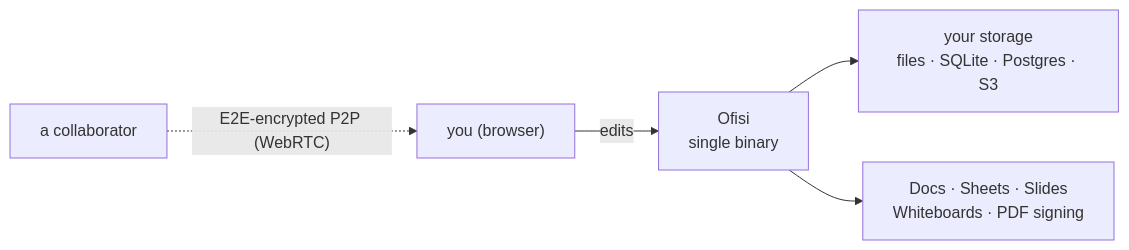
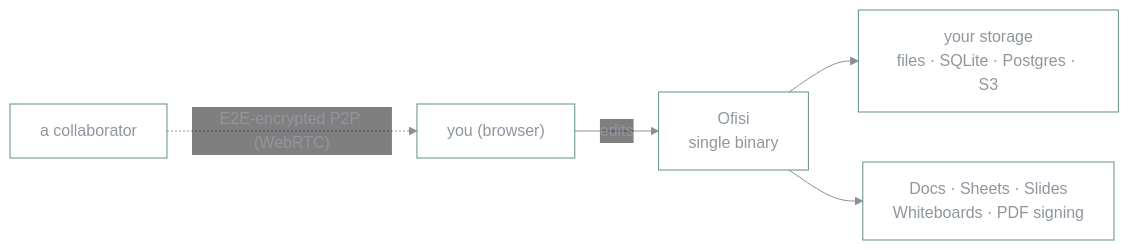
Before and after one commit to vul-os/diwan: the first of 2 diagrams in README.md, drawn with Mermaid. The commit also changed other lines of this file, not shown here.

Commit message:
readme: theme the mermaid diagrams to match the Vulos landing
Adds a base-theme init to each diagram — transparent node cards with a teal
accent border, mono type, teal edges — so the README diagrams read as one family
with vulos.org, on both GitHub light and dark.

Claude-Session: https://claude.ai/code/session_01Xhu25SUAUienj9Tf38vyVm

````diff
--- a/README.md
+++ b/README.md
@@ -47,7 +47,8 @@
 ```mermaid
+%%{init: {'theme':'base','themeVariables':{'fontFamily':'ui-monospace, SFMono-Regular, Menlo, monospace','primaryColor':'transparent','primaryBorderColor':'#14b8a6','primaryTextColor':'#8f969e','lineColor':'#8a8f98','nodeBorder':'#5f8f8a','edgeLabelBackground':'transparent','clusterBorder':'#3f8f86','clusterBkg':'transparent'}}}%%
 flowchart LR
     you["you (browser)"] -->|edits| ofisi["Ofisi<br/>single binary"]
     peer["a collaborator"] -.->|"E2E-encrypted P2P (WebRTC)"| you
     ofisi --> store["your storage<br/>files · SQLite · Postgres · S3"]
     ofisi --> surfaces["Docs · Sheets · Slides<br/>Whiteboards · PDF signing"]
 ```
````
